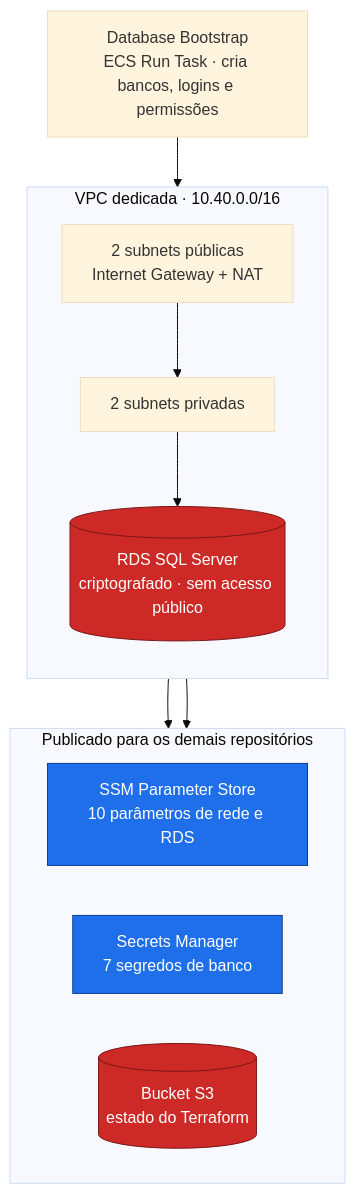
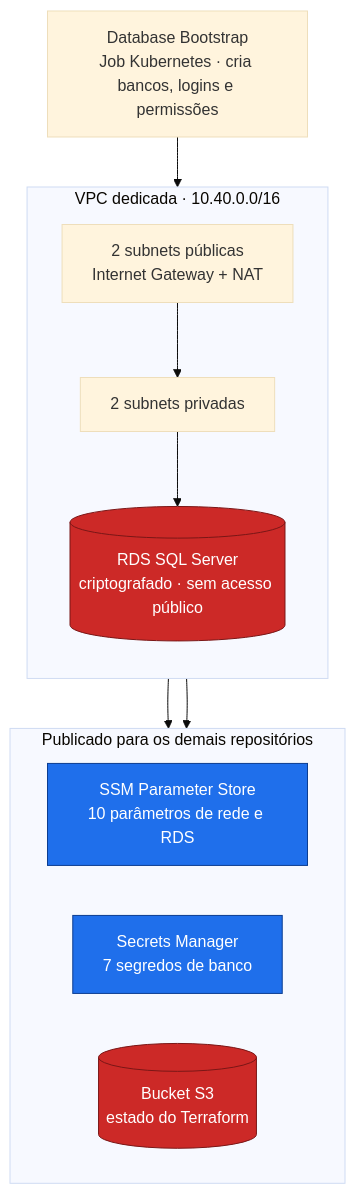
Before and after one commit to fabianorodrigues/oficina-infra-db-fiap-fase4: the diagram in README.md, drawn with Mermaid (base theme). The commit also changed other lines of this file and 9 other files, not shown here.

Commit message:
feat(db): executa bootstrap, admin e isolamento como Jobs Kubernetes

````diff
--- a/README.md
+++ b/README.md
@@ -69,28 +69,28 @@
 ```mermaid
 flowchart TB
     subgraph VPC["VPC dedicada · 10.40.0.0/16"]
         direction TB
         Pub["2 subnets públicas<br/>Internet Gateway + NAT"]
         Priv["2 subnets privadas"]
         RDS[("RDS SQL Server<br/>criptografado · sem acesso público")]
         Pub --> Priv --> RDS
     end
 
     subgraph Contratos["Publicado para os demais repositórios"]
         direction LR
         SSM["SSM Parameter Store<br/>10 parâmetros de rede e RDS"]
         SM["Secrets Manager<br/>7 segredos de banco"]
         S3[("Bucket S3<br/>estado do Terraform")]
     end
 
-    Bootstrap["Database Bootstrap<br/>ECS Run Task · cria bancos, logins e permissões"]
+    Bootstrap["Database Bootstrap<br/>Job Kubernetes · cria bancos, logins e permissões"]
 
     VPC --> SSM
     VPC --> SM
     Bootstrap --> RDS
 
     classDef data fill:#CC2927,stroke:#7a1717,color:#fff
     classDef pub fill:#1f6feb,stroke:#0b3d91,color:#fff
     class RDS,S3 data
     class SSM,SM pub
 ```
````
